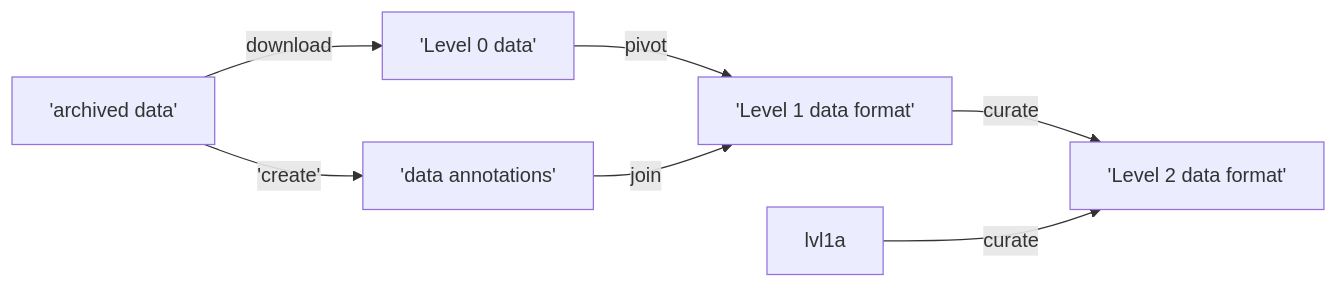
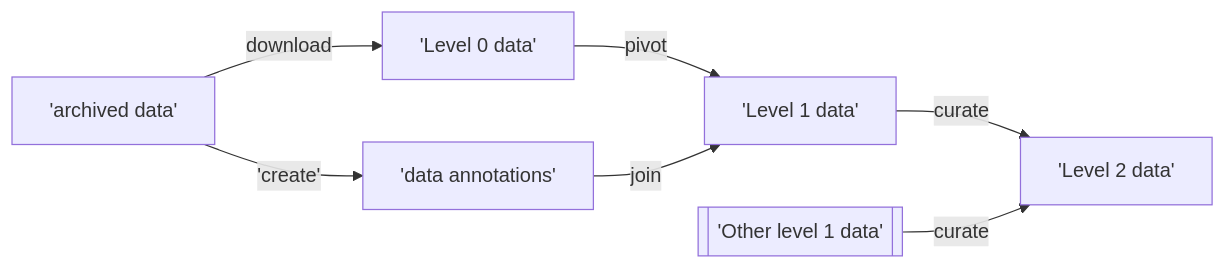
The diagram in README.md (ktoddbrown/SoilDRaH), drawn with Mermaid before and after one commit.

Commit message:
minor edits

````diff
--- a/README.md
+++ b/README.md
@@ -5,9 +5,9 @@
 ``` mermaid
 flowchart LR
     remote['archived data'] --download--> lvl0['Level 0 data']
     remote --'create'--> meta['data annotations']
-    lvl0 --pivot--> lvl1['Level 1 data format']
+    lvl0 --pivot--> lvl1['Level 1 data']
     meta --join--> lvl1
-    lvl1 --curate--> lvl2['Level 2 data format']
-    lvl1a --curate--> lvl2
+    lvl1 --curate--> lvl2['Level 2 data']
+    lvl1a[['Other level 1 data']] --curate--> lvl2
 ```
````
